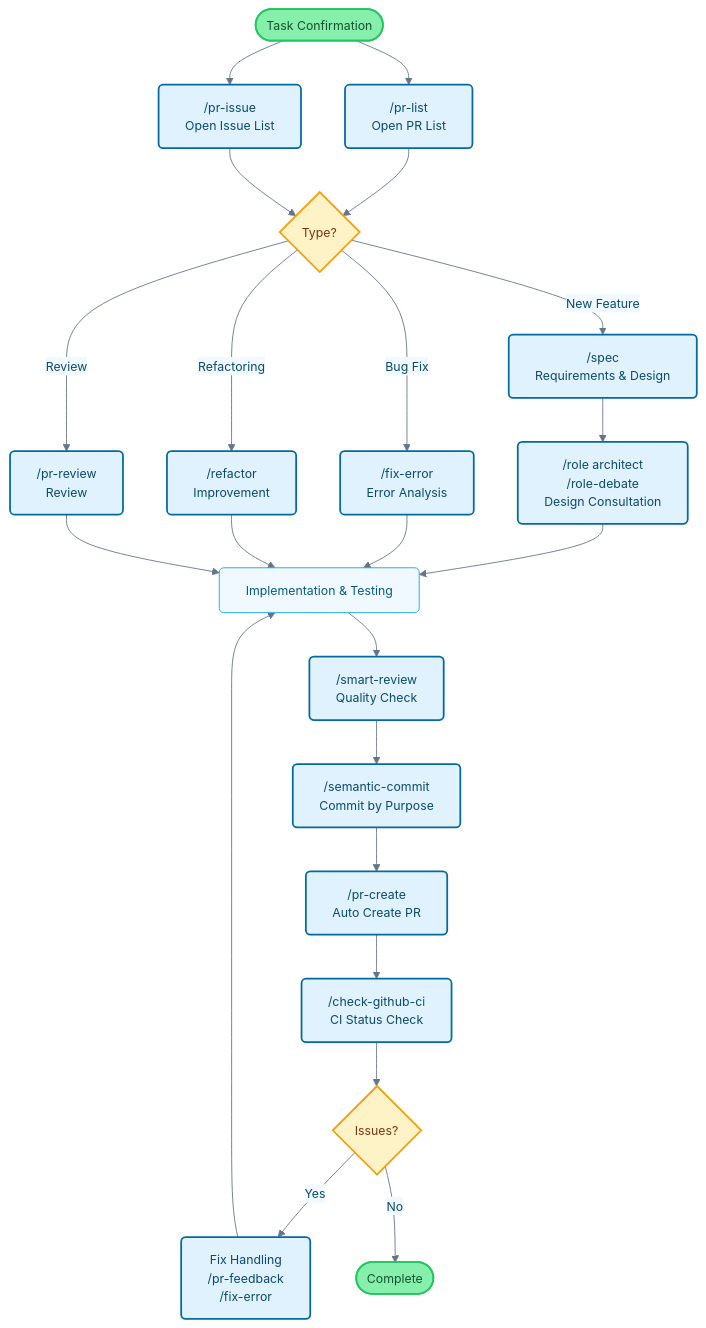
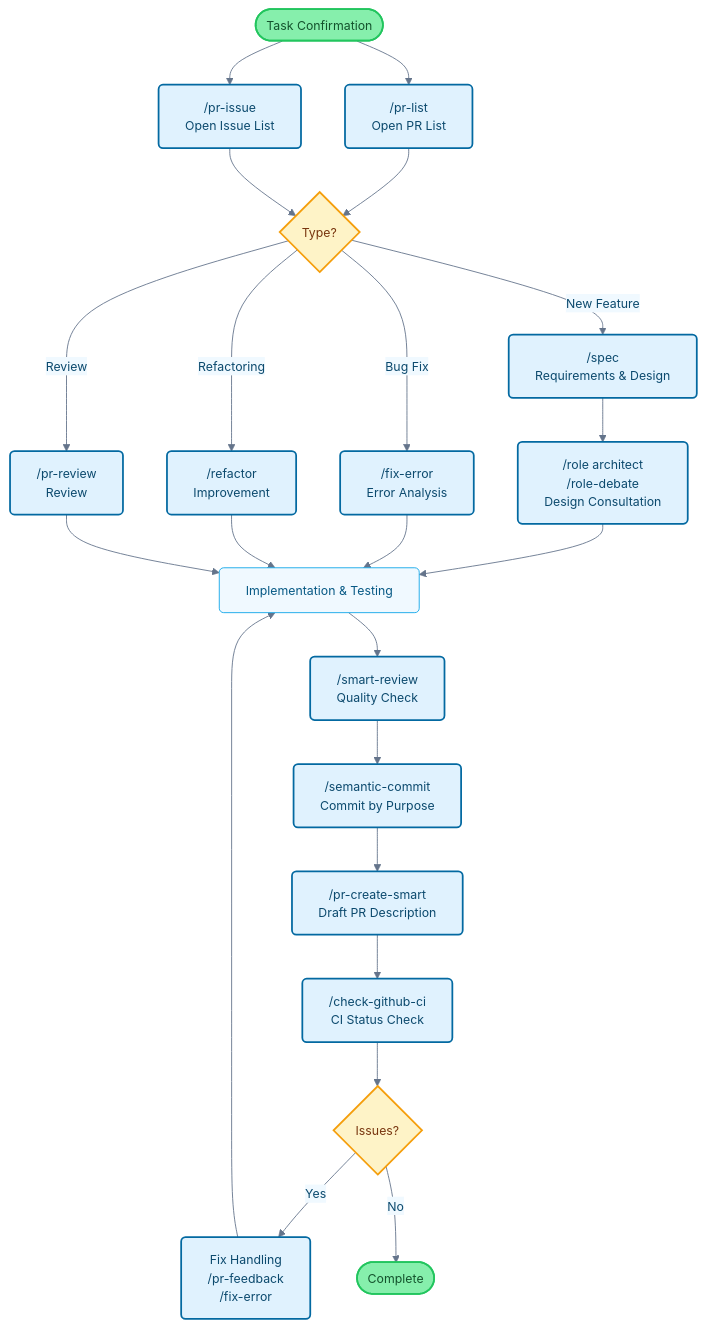
One commit to foreveryh/claude-code-cookbook changed the diagram in README.md. Above: the diagram before and after it, drawn with Mermaid. The commit also changed 5 other files, not shown here.

Commit message:
docs: add full Japanese team workflow guide; update README flowcharts to /pr-create-smart; note deprecation of /pr-create in CHANGELOG

````diff
--- a/README.md
+++ b/README.md
@@ -129,42 +129,42 @@
 ```mermaid
 flowchart TB
     Start([Task Confirmation]) --> PRList["/pr-list<br/>Open PR List"]
     Start --> PRIssue["/pr-issue<br/>Open Issue List"]
 
     PRList --> TaskType{Type?}
     PRIssue --> TaskType
 
     TaskType -->|New Feature| Plan["/spec<br/>Requirements & Design"]
     TaskType -->|Bug Fix| Fix["/fix-error<br/>Error Analysis"]
     TaskType -->|Refactoring| Refactor["/refactor<br/>Improvement"]
     TaskType -->|Review| Review["/pr-review<br/>Review"]
 
     Plan --> Design["/role architect<br/>/role-debate<br/>Design Consultation"]
     Design --> Implementation[Implementation & Testing]
     Fix --> Implementation
     Refactor --> Implementation
     Review --> Implementation
 
     Implementation --> Check["/smart-review<br/>Quality Check"]
     Check --> Commit["/semantic-commit<br/>Commit by Purpose"]
-    Commit --> PR["/pr-create<br/>Auto Create PR"]
+    Commit --> PR["/pr-create-smart<br/>Draft PR Description"]
     PR --> CI["/check-github-ci<br/>CI Status Check"]
 
     CI --> Status{Issues?}
     Status -->|Yes| Feedback["Fix Handling<br/>/pr-feedback<br/>/fix-error"]
     Status -->|No| End([Complete])
 
     Feedback --> Implementation
 
     classDef commandBox fill:#e0f2fe,stroke:#0369a1,stroke-width:2px,rx:5,ry:5,color:#0c4a6e
     classDef processBox fill:#f0f9ff,stroke:#0ea5e9,stroke-width:1px,rx:5,ry:5,color:#075985
     classDef decisionBox fill:#fef3c7,stroke:#f59e0b,stroke-width:2px,rx:5,ry:5,color:#78350f
     classDef startEnd fill:#86efac,stroke:#22c55e,stroke-width:2px,rx:20,ry:20,color:#14532d
 
     class PRList,PRIssue,Plan,Fix,Refactor,Review,Design,Check,CI,Commit,PR,Feedback commandBox
     class Implementation processBox
     class TaskType,Status decisionBox
     class Start,End startEnd
 
     %%{init: {'theme':'base', 'themeVariables': { 'primaryColor':'#e0f2fe', 'primaryTextColor':'#0c4a6e', 'primaryBorderColor':'#0369a1', 'lineColor':'#64748b', 'secondaryColor':'#f0f9ff', 'background':'#ffffff', 'mainBkg':'#ffffff', 'fontSize': '14px'}}}%%
 ```
````
